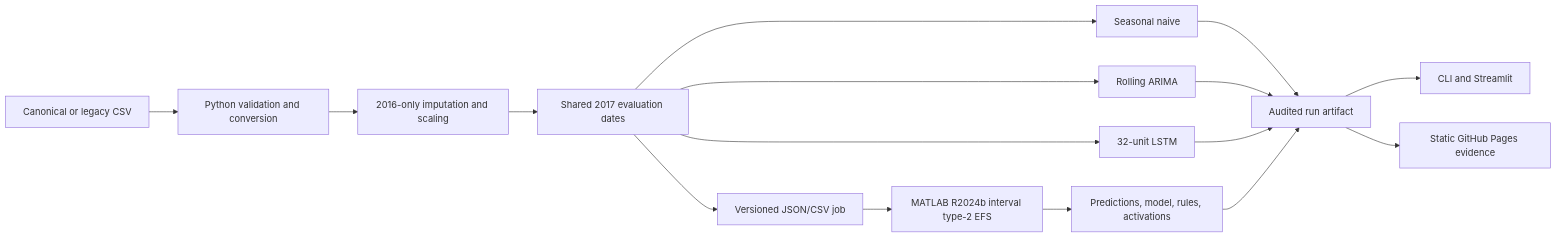
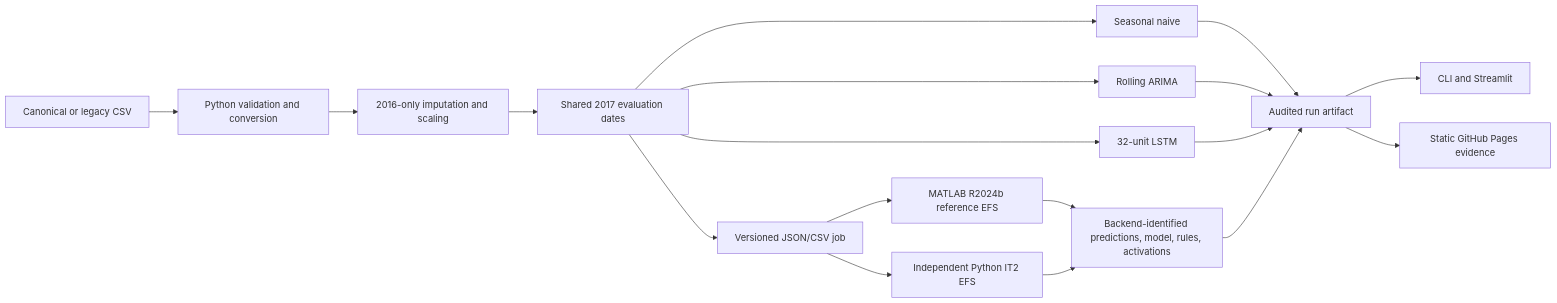
Before and after one commit to wublinux/EFS-forecasting: the diagram in docs/architecture.md, drawn with Mermaid. The commit also changed other lines of this file and 25 other files, not shown here.

Commit message:
Add independent Python interval type-2 backend

````diff
--- a/docs/architecture.md
+++ b/docs/architecture.md
@@ -3,18 +3,20 @@
 ```mermaid
 flowchart LR
     A["Canonical or legacy CSV"] --> B["Python validation and conversion"]
     B --> C["2016-only imputation and scaling"]
     C --> D["Shared 2017 evaluation dates"]
     D --> E["Seasonal naive"]
     D --> F["Rolling ARIMA"]
     D --> G["32-unit LSTM"]
     D --> H["Versioned JSON/CSV job"]
-    H --> I["MATLAB R2024b interval type-2 EFS"]
-    I --> J["Predictions, model, rules, activations"]
+    H --> I["MATLAB R2024b reference EFS"]
+    H --> N["Independent Python IT2 EFS"]
+    I --> J["Backend-identified predictions, model, rules, activations"]
+    N --> J
     E --> K["Audited run artifact"]
     F --> K
     G --> K
     J --> K
     K --> L["CLI and Streamlit"]
     K --> M["Static GitHub Pages evidence"]
 ```
````
